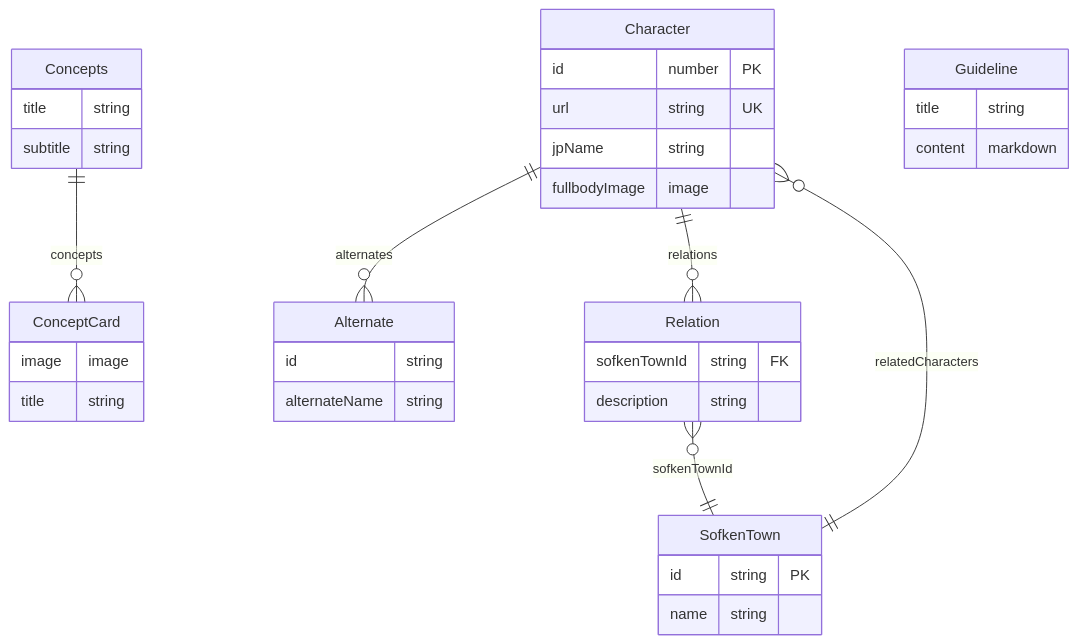
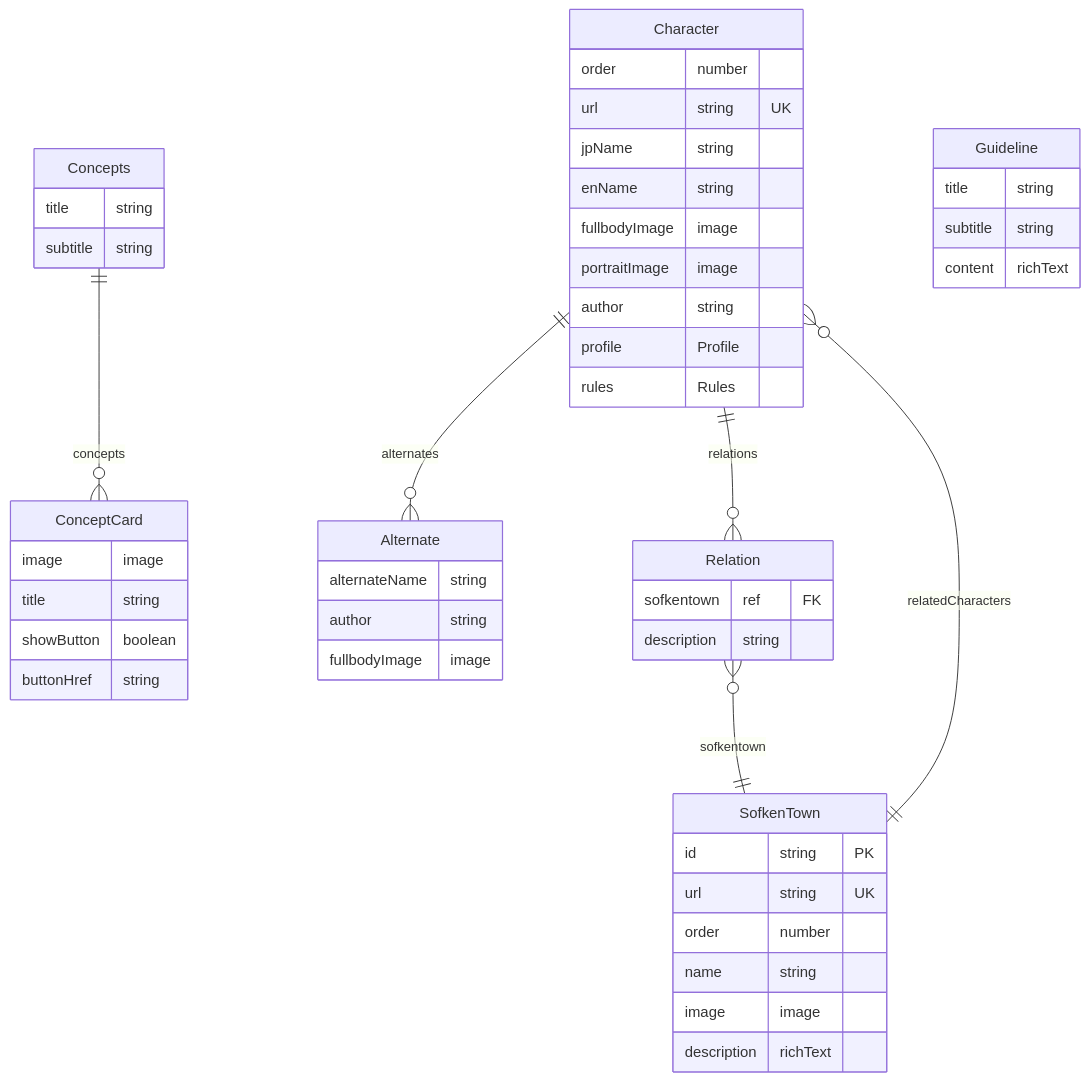
The sixth of 7 diagrams in docs/api/api.md (src-system/tdu-src-website), drawn with Mermaid before and after one commit. The commit also changed other lines of this file and 37 other files, not shown here.

````diff
--- a/docs/api/api.md
+++ b/docs/api/api.md
@@ -103,45 +161,58 @@
 ```mermaid
 erDiagram
     Concepts ||--o{ ConceptCard : "concepts"
     Character ||--o{ Alternate : "alternates"
     Character ||--o{ Relation : "relations"
-    Relation }o--|| SofkenTown : "sofkenTownId"
+    Relation }o--|| SofkenTown : "sofkentown"
     SofkenTown ||--o{ Character : "relatedCharacters"
 
     Concepts {
         title string
         subtitle string
     }
 
     ConceptCard {
         image image
         title string
+        showButton boolean
+        buttonHref string
     }
 
     Character {
-        id number PK
+        order number
         url string UK
         jpName string
+        enName string
+        fullbodyImage image
+        portraitImage image
+        author string
+        profile Profile
+        rules Rules
+    }
+
+    Alternate {
+        alternateName string
+        author string
         fullbodyImage image
     }
 
-    Alternate {
-        id string
-        alternateName string
-    }
-
     Relation {
-        sofkenTownId string FK
+        sofkentown ref FK
         description string
     }
 
     SofkenTown {
         id string PK
+        url string UK
+        order number
         name string
+        image image
+        description richText
     }
 
     Guideline {
         title string
-        content markdown
+        subtitle string
+        content richText
     }
 ```
````
